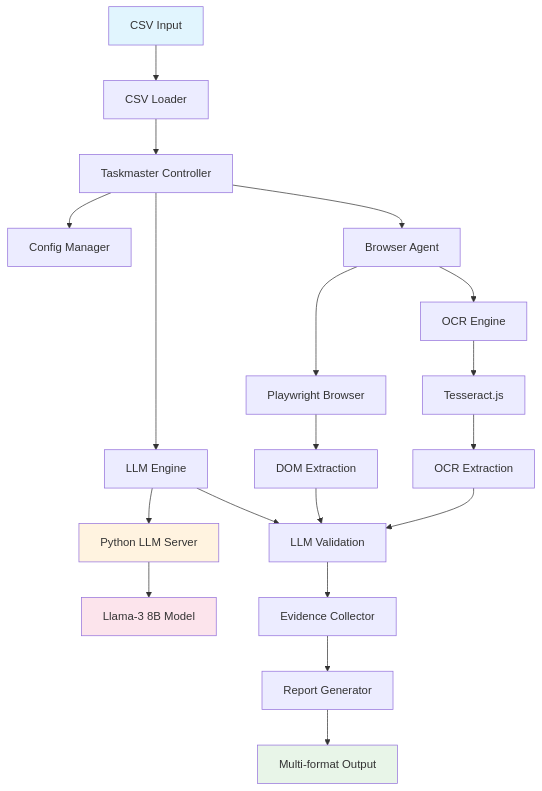
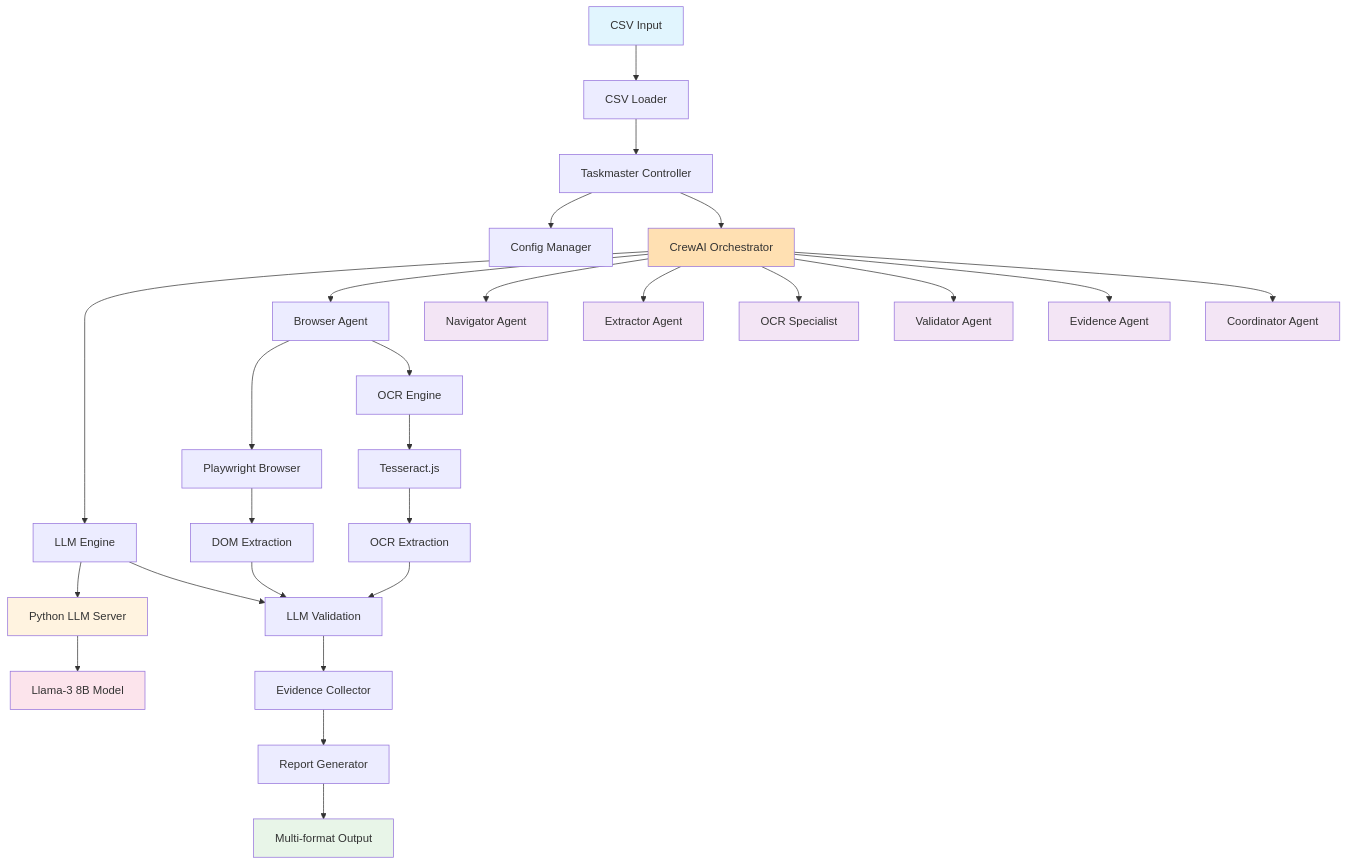
The diagram in docs/FLUXO-COMPLETO.md (DiegoNogueiraDev/agent-autonomous), drawn with Mermaid before and after one commit. The commit also changed other lines of this file, not shown here.

Commit message:
feat: Implement CrewAI multi-agent orchestration framework with specialized agents

````diff
--- a/docs/FLUXO-COMPLETO.md
+++ b/docs/FLUXO-COMPLETO.md
@@ -302,31 +346,46 @@
 ```mermaid
 graph TD
     A[CSV Input] --> B[CSV Loader]
     B --> C[Taskmaster Controller]
     C --> D[Config Manager]
-    C --> E[LLM Engine]
-    C --> F[Browser Agent]
+    C --> CA[CrewAI Orchestrator]
+    
+    CA --> E[LLM Engine]
+    CA --> F[Browser Agent]
+    CA --> NA[Navigator Agent]
+    CA --> EA[Extractor Agent]
+    CA --> OA[OCR Specialist]
+    CA --> VA[Validator Agent]
+    CA --> EV[Evidence Agent]
+    CA --> CO[Coordinator Agent]
     
     E --> G[Python LLM Server]
     G --> H[Llama-3 8B Model]
     
     F --> I[Playwright Browser]
     F --> J[OCR Engine]
     J --> K[Tesseract.js]
     
     I --> L[DOM Extraction]
     K --> M[OCR Extraction]
     
     L --> N[LLM Validation]
     M --> N
     E --> N
     
     N --> O[Evidence Collector]
     O --> P[Report Generator]
     P --> Q[Multi-format Output]
     
     style A fill:#e1f5fe
     style Q fill:#e8f5e8
     style G fill:#fff3e0
     style H fill:#fce4ec
+    style CA fill:#ffe0b2
+    style NA fill:#f3e5f5
+    style EA fill:#f3e5f5
+    style OA fill:#f3e5f5
+    style VA fill:#f3e5f5
+    style EV fill:#f3e5f5
+    style CO fill:#f3e5f5
 ```
````
